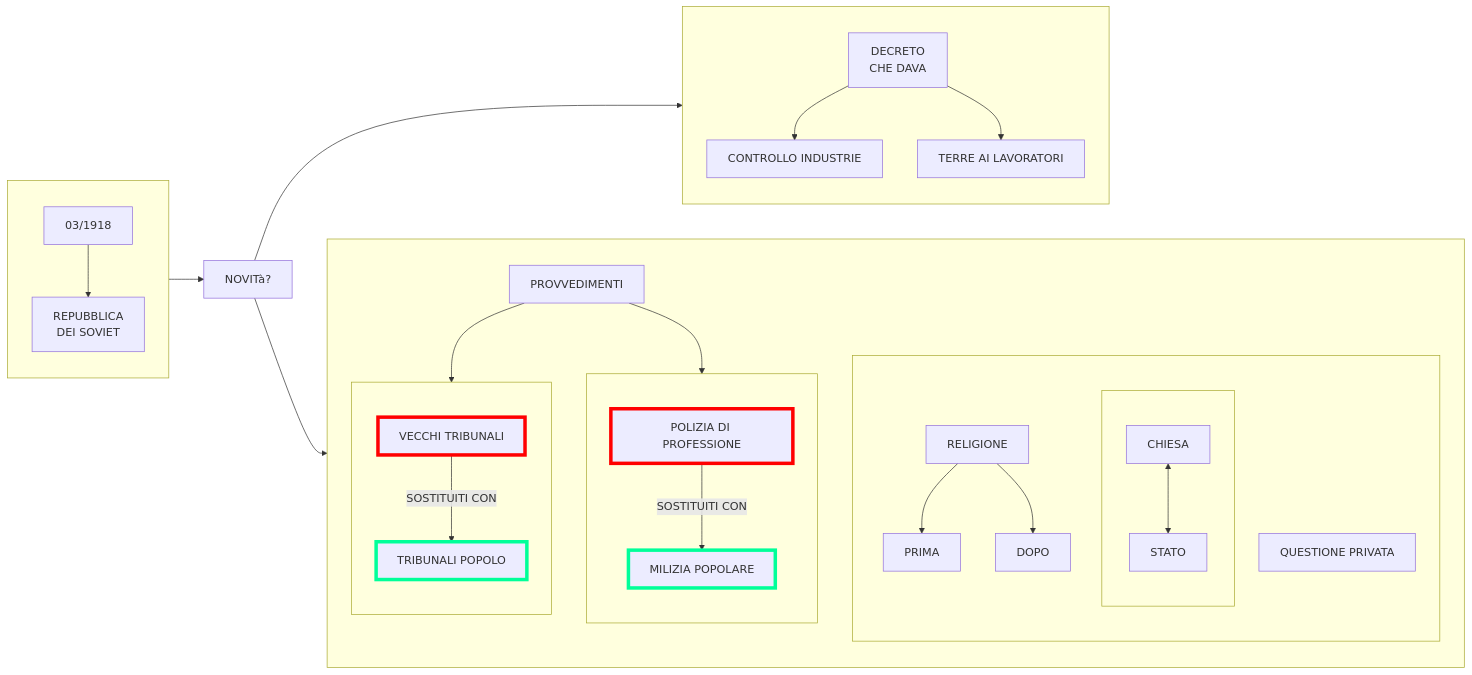
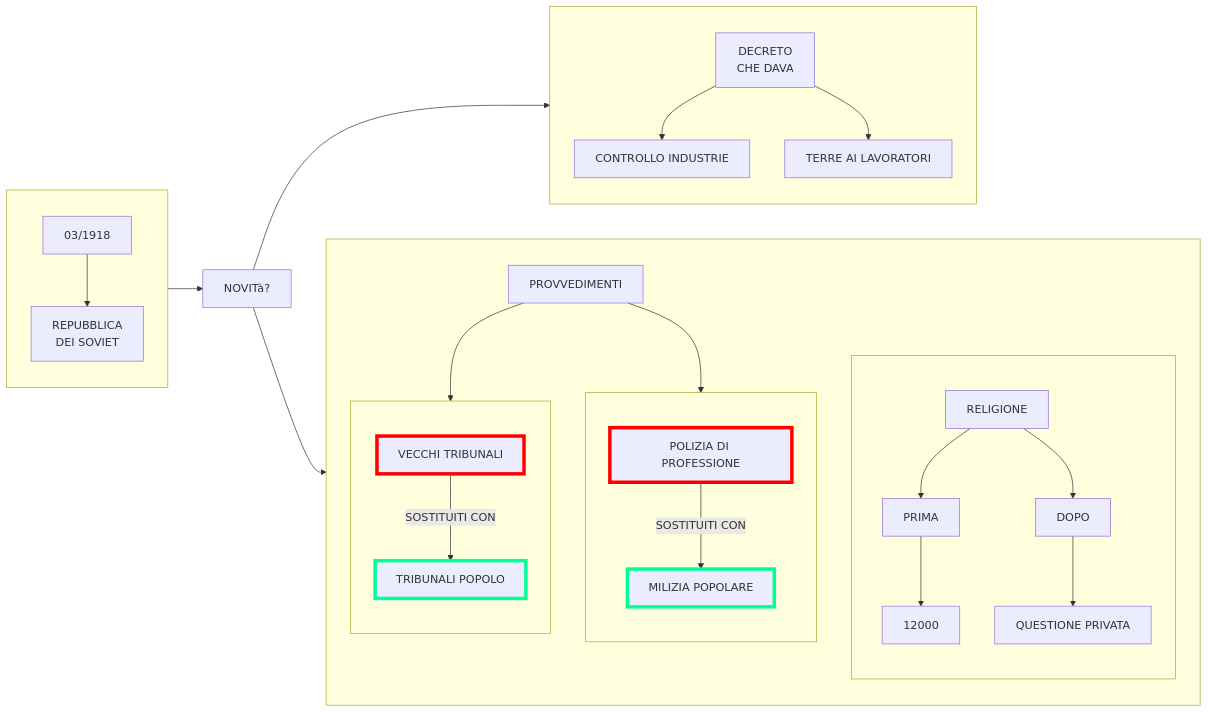
One commit to Laaouatni/ricerca-storia-MermaidJS changed the fourth of 4 diagrams in stalinismo.md. Above: the diagram before and after it, drawn with Mermaid.

````diff
--- a/stalinismo.md
+++ b/stalinismo.md
@@ -118,52 +118,48 @@
 ```mermaid
 flowchart LR
     subgraph 0[" "]
         00[03/1918] -->
         000[REPUBBLICA <br> DEI SOVIET]
     end
     01[NOVITà?]
     subgraph 013[" "]
         direction TB;
         010[DECRETO <br> CHE DAVA]
         011[CONTROLLO INDUSTRIE]
         012[TERRE AI LAVORATORI]
         010 --> 011 & 012
     end
     subgraph 014[" "]
         1[PROVVEDIMENTI]
         subgraph 10[" "]
             100[VECCHI TRIBUNALI]
             style 100 stroke:#ff0000, stroke-width:5px;
             101[TRIBUNALI POPOLO]
             style 101 stroke:#00ff99, stroke-width:5px;
             100 -->|SOSTITUITI CON| 101
         end
         subgraph 11[" "]
             110[POLIZIA DI PROFESSIONE]
             style 110 stroke:#ff0000, stroke-width:5px;
             111[MILIZIA POPOLARE]
             style 111 stroke:#00ff99, stroke-width:5px;
             110 -->|SOSTITUITI CON| 111
         end
         subgraph 12[" "]
             120[RELIGIONE]
             1200[PRIMA]
             1201[DOPO]
-            subgraph 12000[" "]
-                120000[CHIESA]
-                120001[STATO]
-                120000 <--> 120001
-            end
+            %% subgraph 12000[" "]
+            %%     12000[CHIESA]
+            %%     12001[STATO]
+            %%     12000 <--> 12001
+            %% end
             12010[QUESTIONE PRIVATA]
             120 --> 1200 & 1201
-            
-            %% 120[VECCHI TRIBUNALI]
-            %% style 120 stroke:#ff0000, stroke-width:5px;
-            %% 121[TRIBUNALI POPOLO]
-            %% style 121 stroke:#00ff99, stroke-width:5px;
-            %% 120 -->|SOSTITUITI CON| 121
+            1201 --> 12010
+            1200 --> 12000
         end
         1 --> 10 & 11
     end
     0 --> 01 --> 013 & 014
 ```
````
